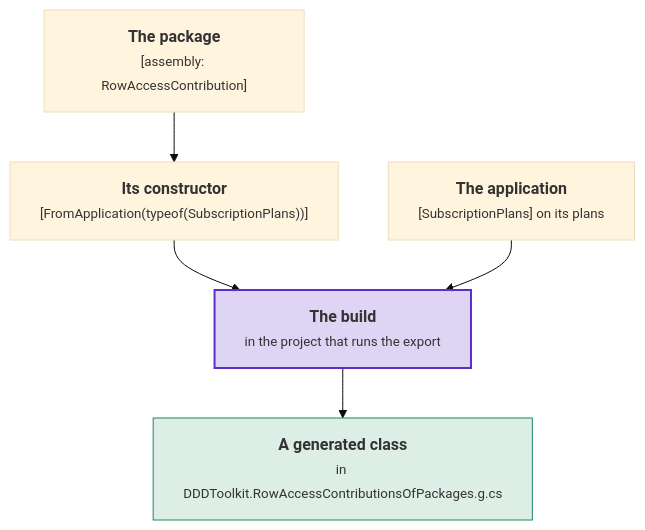
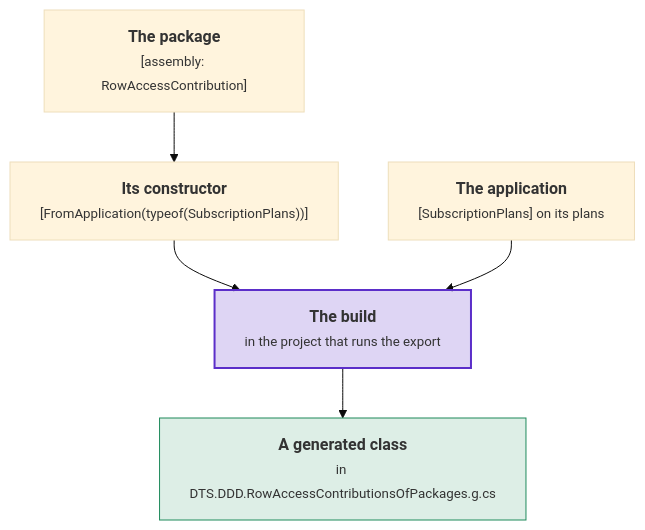
Before and after one commit to DylanSnel/DDDToolkit: the third of 7 diagrams in docs/writing-a-supporting-domain.md, drawn with Mermaid (base theme). The commit also changed other lines of this file and 2190 other files, not shown here.

First line of the commit message:
The core becomes DTS.DDD, published as DylansTechStack.DDD

````diff
--- a/docs/writing-a-supporting-domain.md
+++ b/docs/writing-a-supporting-domain.md
@@ -459,16 +459,16 @@
 ```mermaid
 flowchart TB
     package["<b>The package</b><br/><small>[assembly: RowAccessContribution]</small>"]
     ctor["<b>Its constructor</b><br/><small>[FromApplication(typeof(SubscriptionPlans))]</small>"]
     application["<b>The application</b><br/><small>[SubscriptionPlans] on its plans</small>"]
     build["<b>The build</b><br/><small>in the project that runs the export</small>"]
-    written["<b>A generated class</b><br/><small>in DDDToolkit.RowAccessContributionsOfPackages.g.cs</small>"]
+    written["<b>A generated class</b><br/><small>in DTS.DDD.RowAccessContributionsOfPackages.g.cs</small>"]
     package --> ctor
     ctor --> build
     application --> build
     build --> written
     classDef strong fill:#5b2ec933,stroke:#5b2ec9,stroke-width:2px
     classDef good fill:#1f8a5b26,stroke:#1f8a5b
     class build strong
     class written good
 ```
````
